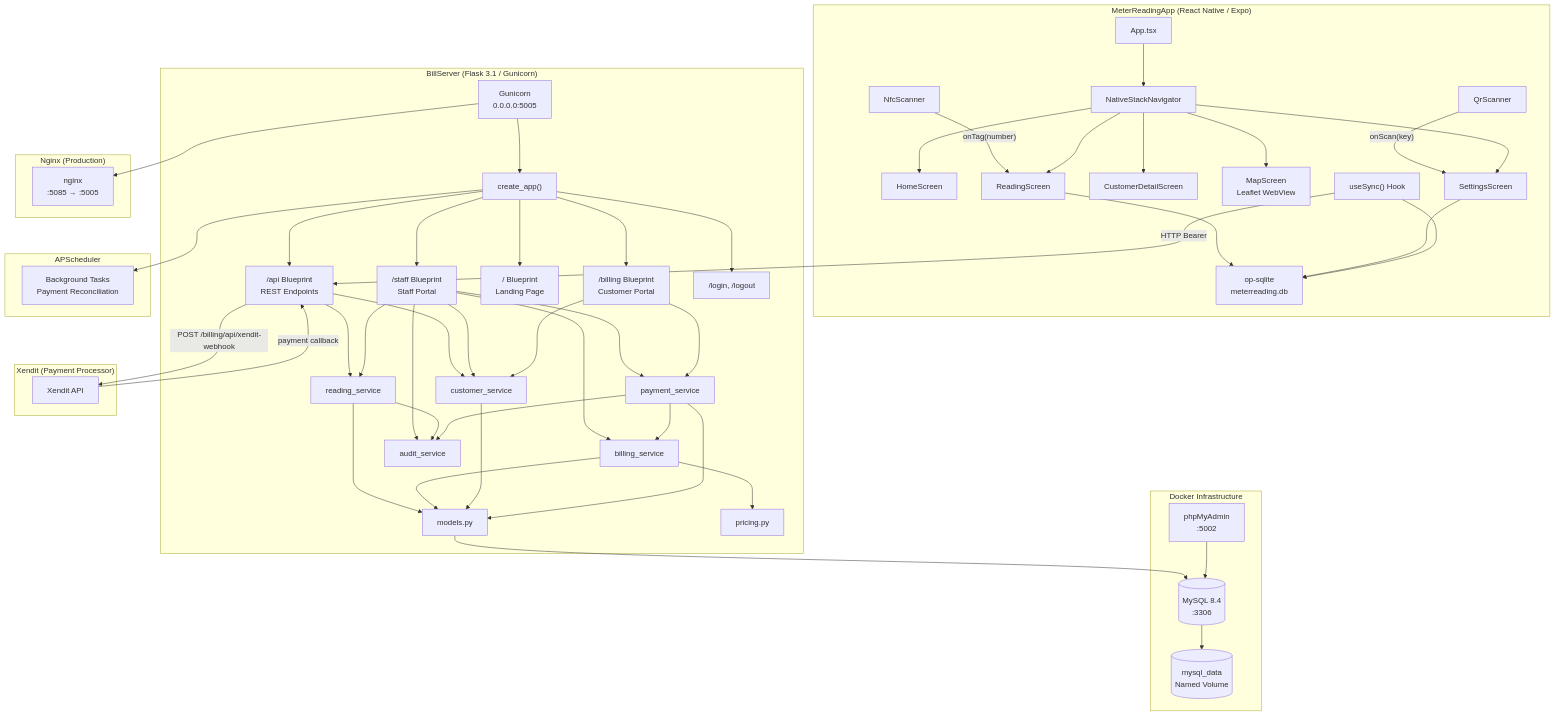
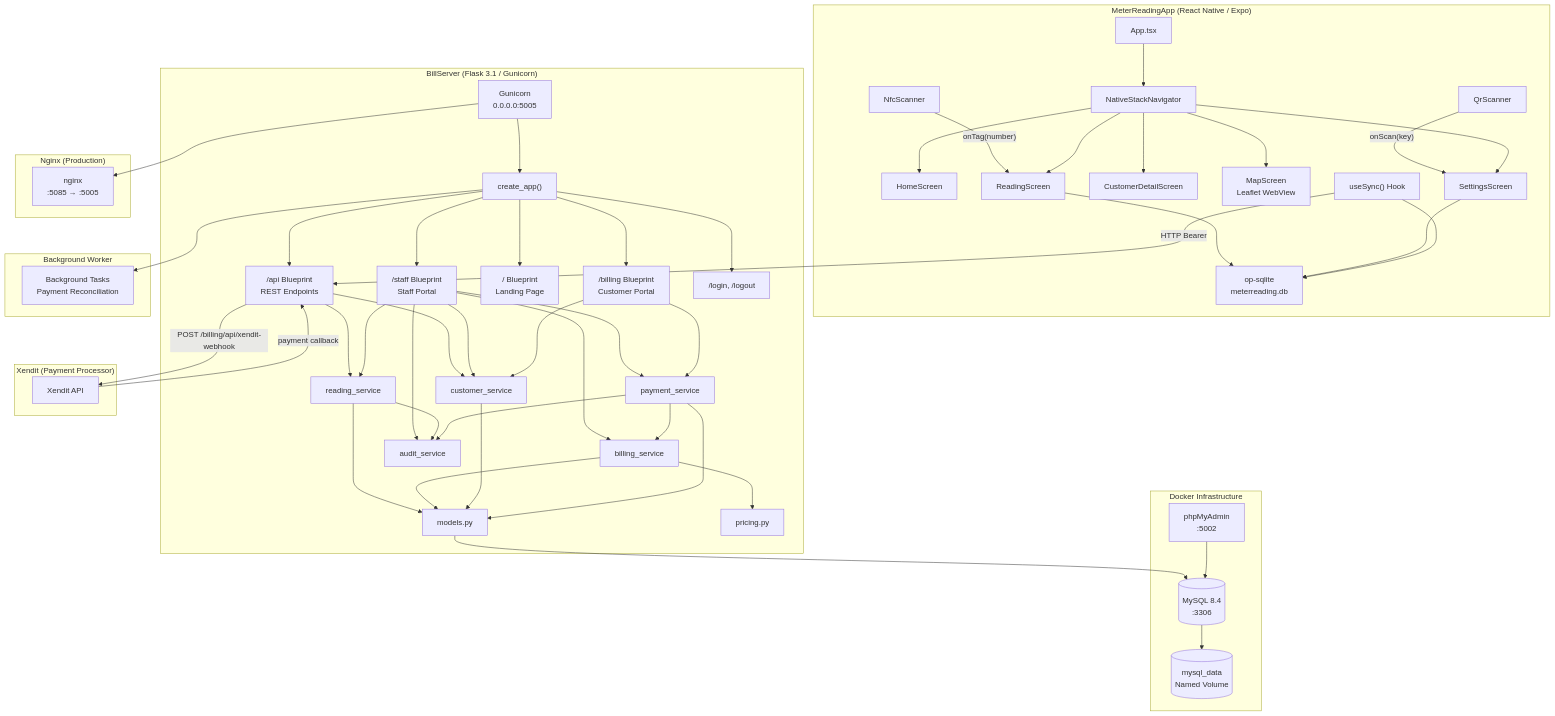
Before and after one commit to NovaProtocol/WaterBillingSystem: the first of 4 diagrams in documentations/docs/architecture.md, drawn with Mermaid. The commit also changed 17 other files, not shown here.

First line of the commit message:
Replace scheduler + debug worker with unified DB-backed background worker

````diff
--- a/documentations/docs/architecture.md
+++ b/documentations/docs/architecture.md
@@ -5,79 +5,79 @@
 ```mermaid
 graph TB
     subgraph "MeterReadingApp (React Native / Expo)"
         APP["App.tsx"]
         NAV["NativeStackNavigator"]
         HOME["HomeScreen"]
         READ["ReadingScreen"]
         CUST["CustomerDetailScreen"]
         MAP["MapScreen<br/>Leaflet WebView"]
         SETT["SettingsScreen"]
         SYNC["useSync() Hook"]
         SQLITE["op-sqlite<br/>meterreading.db"]
         NFC["NfcScanner"]
         QR["QrScanner"]
     end
 
     subgraph "BillServer (Flask 3.1 / Gunicorn)"
         WSGI["Gunicorn<br/>0.0.0.0:5005"]
         FACTORY["create_app()"]
         API["/api Blueprint<br/>REST Endpoints"]
         STAFF["/staff Blueprint<br/>Staff Portal"]
         LAND["/ Blueprint<br/>Landing Page"]
         BILL["/billing Blueprint<br/>Customer Portal"]
         AUTH["/login, /logout"]
         SVC_READ["reading_service"]
         SVC_BILL["billing_service"]
         SVC_CUST["customer_service"]
         SVC_PAY["payment_service"]
         SVC_AUDIT["audit_service"]
         MODELS["models.py"]
         PRICING["pricing.py"]
     end
 
     subgraph "Docker Infrastructure"
         MYSQL[("MySQL 8.4<br/>:3306")]
         PHPMYADMIN["phpMyAdmin<br/>:5002"]
         VOLUME[("mysql_data<br/>Named Volume")]
     end
 
     subgraph "Xendit (Payment Processor)"
         XENDIT["Xendit API"]
     end
 
     subgraph "Nginx (Production)"
         NGINX["nginx<br/>:5085 → :5005"]
     end
 
-    subgraph "APScheduler"
+    subgraph "Background Worker"
         APS["Background Tasks<br/>Payment Reconciliation"]
     end
 
     NFC -->|"onTag(number)"| READ
     QR -->|"onScan(key)"| SETT
     READ --> SQLITE
     SETT --> SQLITE
     SYNC --> SQLITE
     SYNC -->|"HTTP Bearer"| API
     APP --> NAV
     NAV --> HOME & READ & CUST & MAP & SETT
 
     WSGI --> NGINX
     WSGI --> FACTORY
     FACTORY --> API & STAFF & LAND & BILL & AUTH
     FACTORY --> APS
 
     API --> SVC_READ & SVC_CUST
     API -->|"POST /billing/api/xendit-webhook"| XENDIT
     XENDIT -->|"payment callback"| API
     STAFF --> SVC_READ & SVC_CUST & SVC_PAY & SVC_BILL & SVC_AUDIT
     BILL --> SVC_CUST & SVC_PAY
     SVC_PAY --> SVC_BILL
     SVC_READ & SVC_PAY --> SVC_AUDIT
     SVC_READ & SVC_BILL & SVC_CUST & SVC_PAY --> MODELS
     SVC_BILL --> PRICING
 
     MODELS --> MYSQL
     MYSQL --> VOLUME
     PHPMYADMIN --> MYSQL
 ```
````
